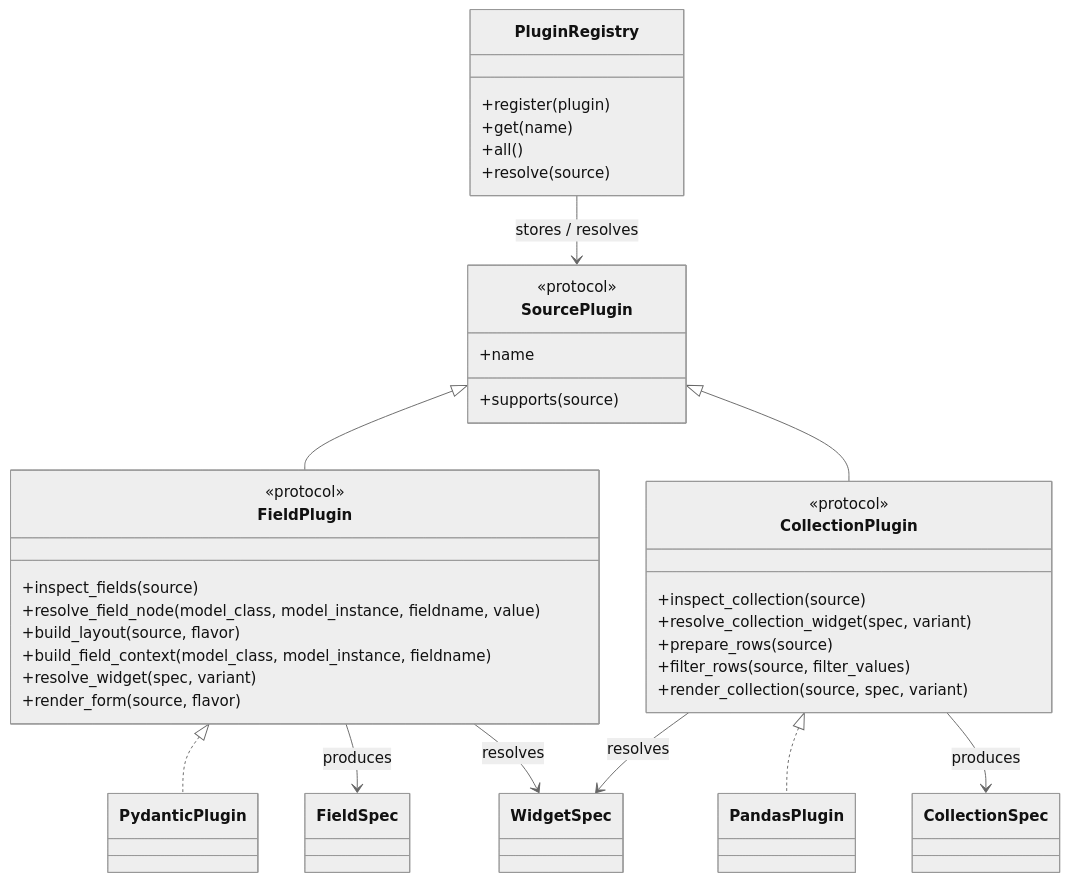
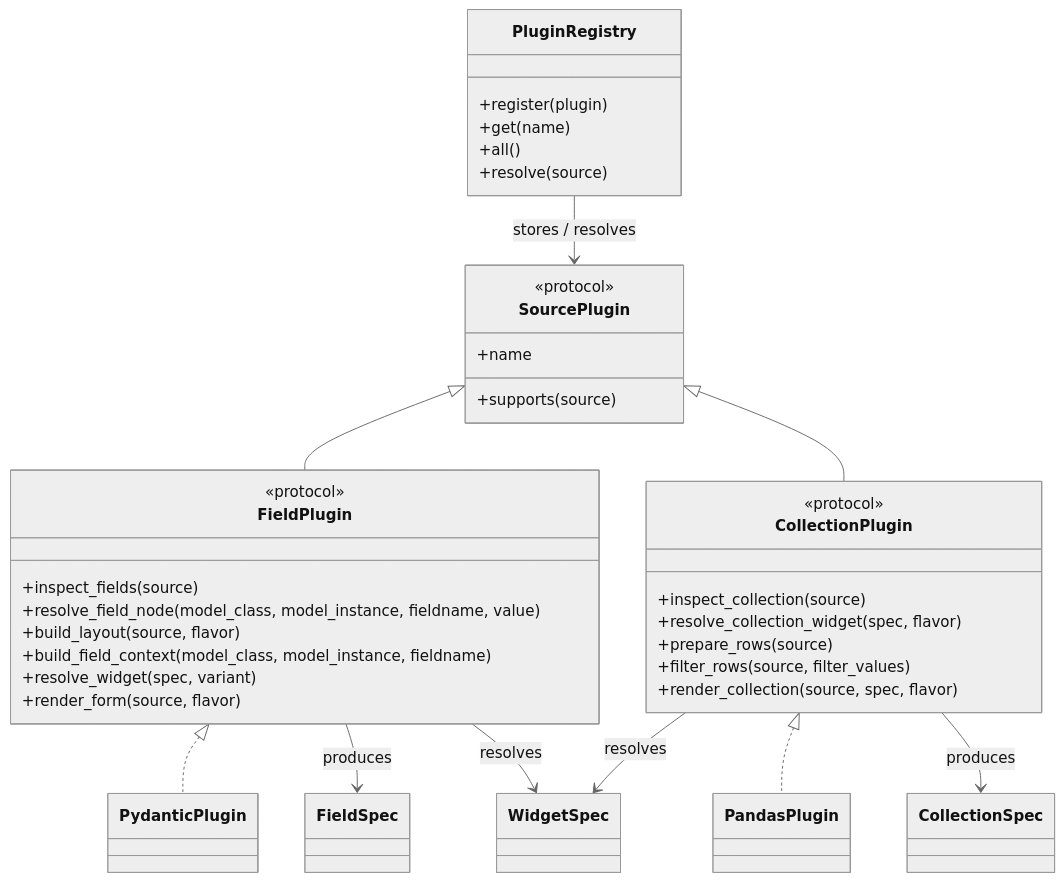
Before and after one commit to onclefranck/nicegui-builder: the third of 4 diagrams in docs/architecture.md, drawn with Mermaid (neutral theme). The commit also changed other lines of this file and 14 other files, not shown here.

Commit message:
refactor: normalize flavor and variant semantics

````diff
--- a/docs/architecture.md
+++ b/docs/architecture.md
@@ -188,52 +188,52 @@
 ```mermaid
 classDiagram
     class SourcePlugin {
         <<protocol>>
         +name
         +supports(source)
     }
 
     class FieldPlugin {
         <<protocol>>
         +inspect_fields(source)
         +resolve_field_node(model_class, model_instance, fieldname, value)
         +build_layout(source, flavor)
         +build_field_context(model_class, model_instance, fieldname)
         +resolve_widget(spec, variant)
         +render_form(source, flavor)
     }
 
     class CollectionPlugin {
         <<protocol>>
         +inspect_collection(source)
-        +resolve_collection_widget(spec, variant)
+        +resolve_collection_widget(spec, flavor)
         +prepare_rows(source)
         +filter_rows(source, filter_values)
-        +render_collection(source, spec, variant)
+        +render_collection(source, spec, flavor)
     }
 
     class PluginRegistry {
         +register(plugin)
         +get(name)
         +all()
         +resolve(source)
     }
 
     class PydanticPlugin
     class PandasPlugin
 
     class FieldSpec
     class CollectionSpec
     class WidgetSpec
 
     SourcePlugin <|-- FieldPlugin
     SourcePlugin <|-- CollectionPlugin
     FieldPlugin <|.. PydanticPlugin
     CollectionPlugin <|.. PandasPlugin
 
     PluginRegistry --> SourcePlugin : stores / resolves
     FieldPlugin --> FieldSpec : produces
     FieldPlugin --> WidgetSpec : resolves
     CollectionPlugin --> CollectionSpec : produces
     CollectionPlugin --> WidgetSpec : resolves
 ```
````
